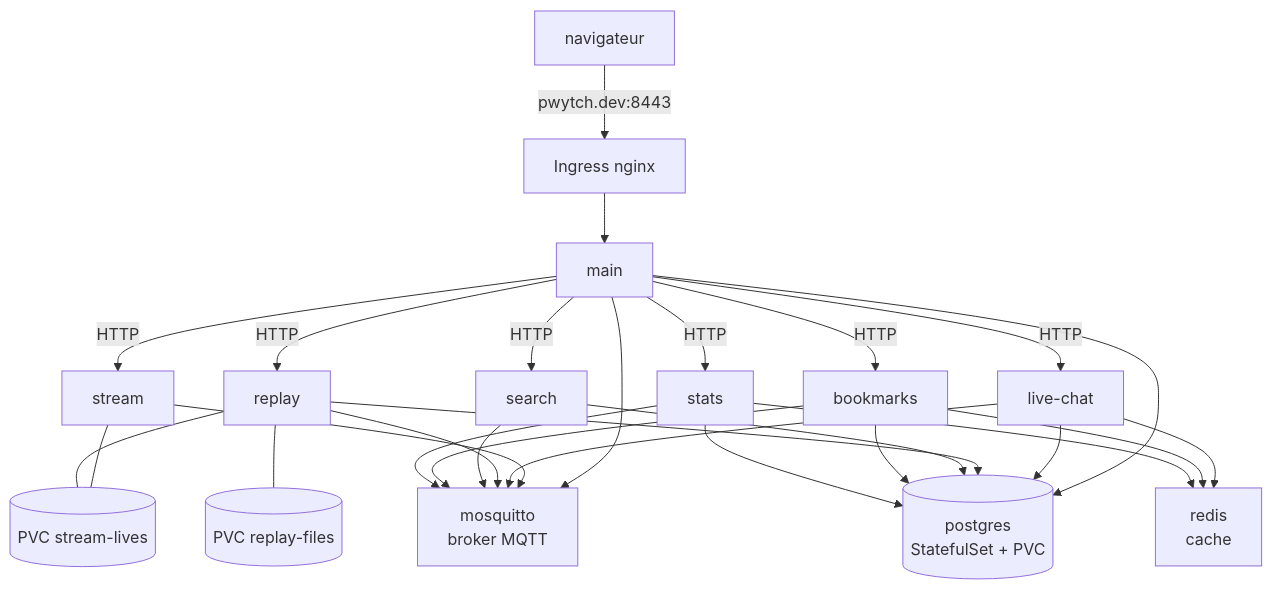
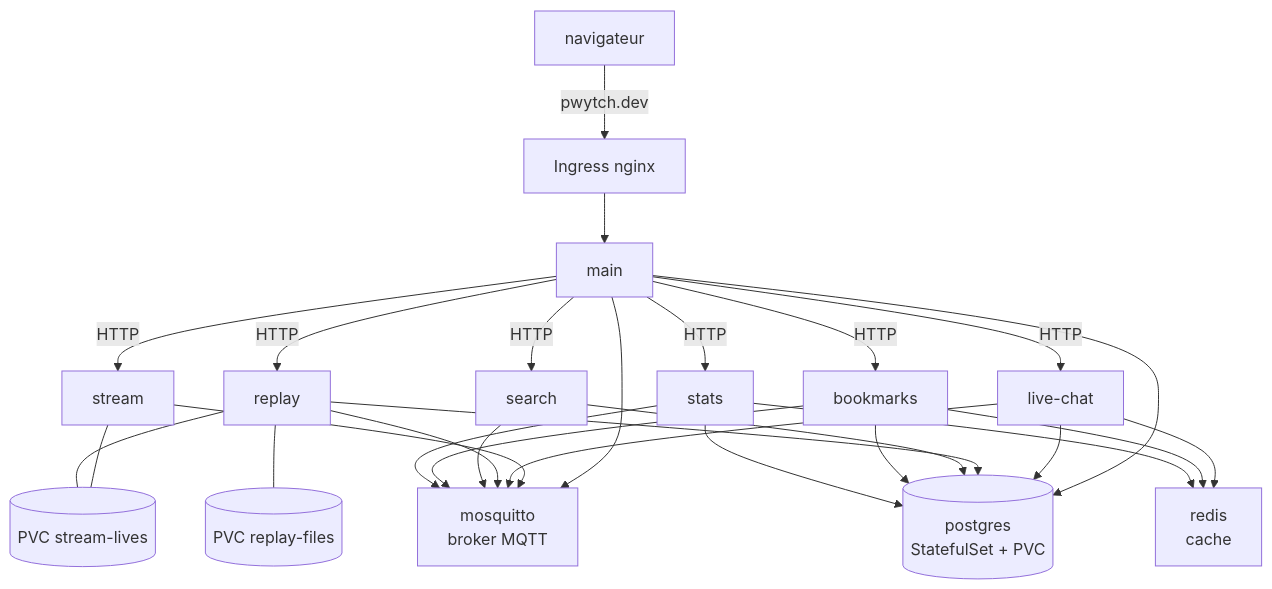
One commit to Bilnaa/pwytch-cd changed the second of 2 diagrams in README.md. Above: the diagram before and after it, drawn with Mermaid. The commit also changed other lines of this file and 6 other files, not shown here.

````diff
--- a/README.md
+++ b/README.md
@@ -32,12 +32,12 @@
 ```mermaid
 flowchart TB
-  user[navigateur] -->|pwytch.dev:8443| ing[Ingress nginx]
+  user[navigateur] -->|pwytch.dev| ing[Ingress nginx]
   ing --> main
   main -->|HTTP| stream & livechat[live-chat] & replay & search & bookmarks & stats
   main & livechat & replay & search & bookmarks & stats --> pg[(postgres<br/>StatefulSet + PVC)]
   livechat & bookmarks & stats --> redis[redis<br/>cache]
   main & stream & livechat & replay & search & bookmarks & stats --> mqtt[mosquitto<br/>broker MQTT]
   stream --- lives[(PVC stream-lives)]
   replay --- lives
   replay --- rf[(PVC replay-files)]
 ```
````
